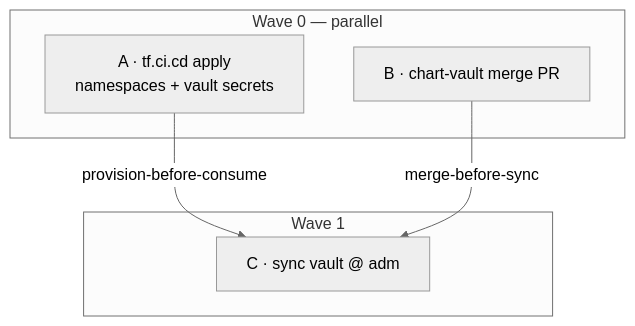
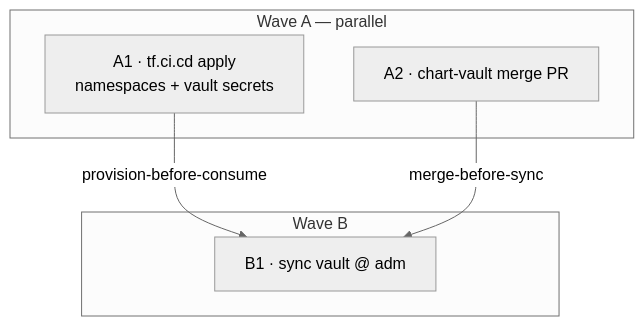
The diagram in dots/config/claude/agents/bw-deployment-planner.md (bradfordwagner/devtainer), drawn with Mermaid (neutral theme) before and after one commit. The commit also changed other lines of this file and 7 other files, not shown here.

```diff
--- a/dots/config/claude/agents/bw-deployment-planner.md
+++ b/dots/config/claude/agents/bw-deployment-planner.md
@@ -159,12 +169,12 @@
     <pre class="mermaid">
     graph TD
-      subgraph w0["Wave 0 — parallel"]
-        A["A · tf.ci.cd apply<br/>namespaces + vault secrets"]
-        B["B · chart-vault merge PR"]
+      subgraph wA["Wave A — parallel"]
+        A1["A1 · tf.ci.cd apply<br/>namespaces + vault secrets"]
+        A2["A2 · chart-vault merge PR"]
       end
-      subgraph w1["Wave 1"]
-        C["C · sync vault @ adm"]
+      subgraph wB["Wave B"]
+        B1["B1 · sync vault @ adm"]
       end
-      A -->|provision-before-consume| C
-      B -->|merge-before-sync| C
+      A1 -->|provision-before-consume| B1
+      A2 -->|merge-before-sync| B1
     </pre>
```
